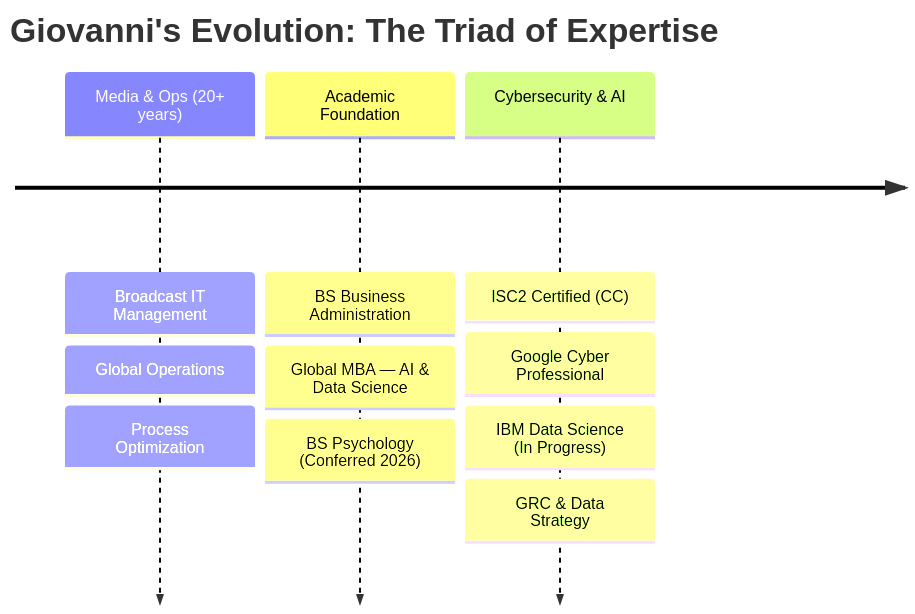
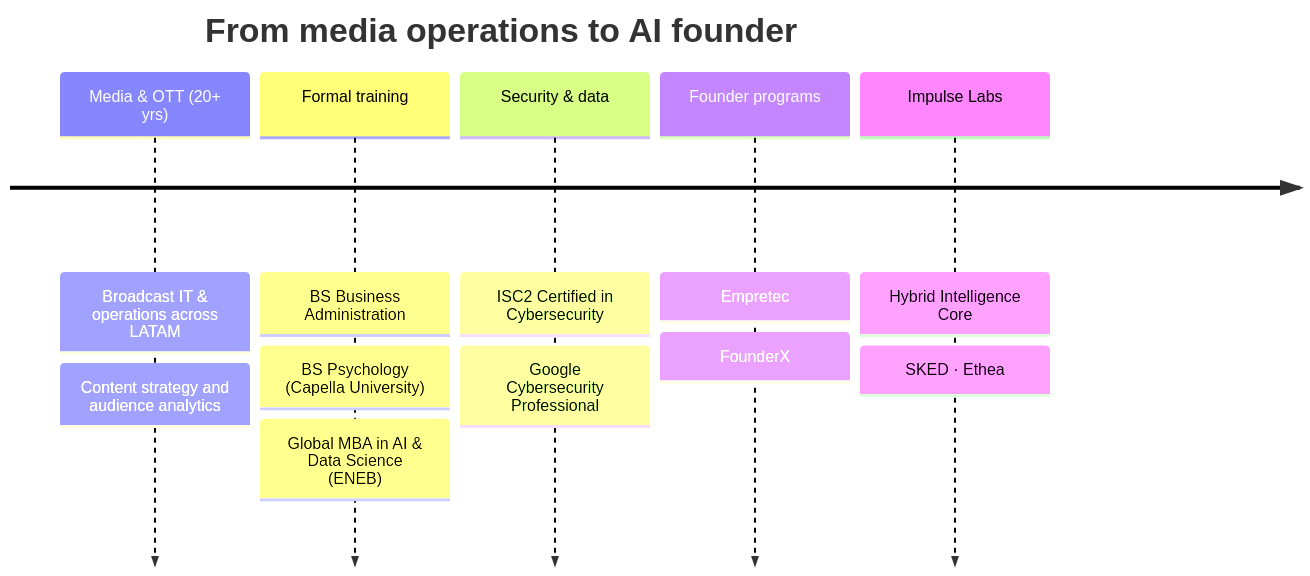
The diagram in README.md (Neckr0ik/Neckr0ik), drawn with Mermaid before and after one commit. The commit also changed other lines of this file and 12 other files, not shown here.

First line of the commit message:
docs: reposition profile as AI builder and founder of Impulse Labs

````diff
--- a/README.md
+++ b/README.md
@@ -52,17 +63,15 @@
 ```mermaid
 timeline
-    title Giovanni's Evolution: The Triad of Expertise
-    
-    Media & Ops (20+ years) : Broadcast IT Management
-                            : Global Operations
-                            : Process Optimization
-    
-    Academic Foundation : BS Business Administration
-                        : Global MBA — AI & Data Science
-                        : BS Psychology (Conferred 2026)
-    
-    Cybersecurity & AI  : ISC2 Certified (CC)
-                        : Google Cyber Professional
-                        : IBM Data Science (In Progress)
-                        : GRC & Data Strategy
+    title From media operations to AI founder
+    Media & OTT (20+ yrs) : Broadcast IT & operations across LATAM
+                          : Content strategy and audience analytics
+    Formal training       : BS Business Administration
+                          : BS Psychology (Capella University)
+                          : Global MBA in AI & Data Science (ENEB)
+    Security & data       : ISC2 Certified in Cybersecurity
+                          : Google Cybersecurity Professional
+    Founder programs      : Empretec
+                          : FounderX
+    Impulse Labs          : Hybrid Intelligence Core
+                          : SKED · Ethea
 ```
````
